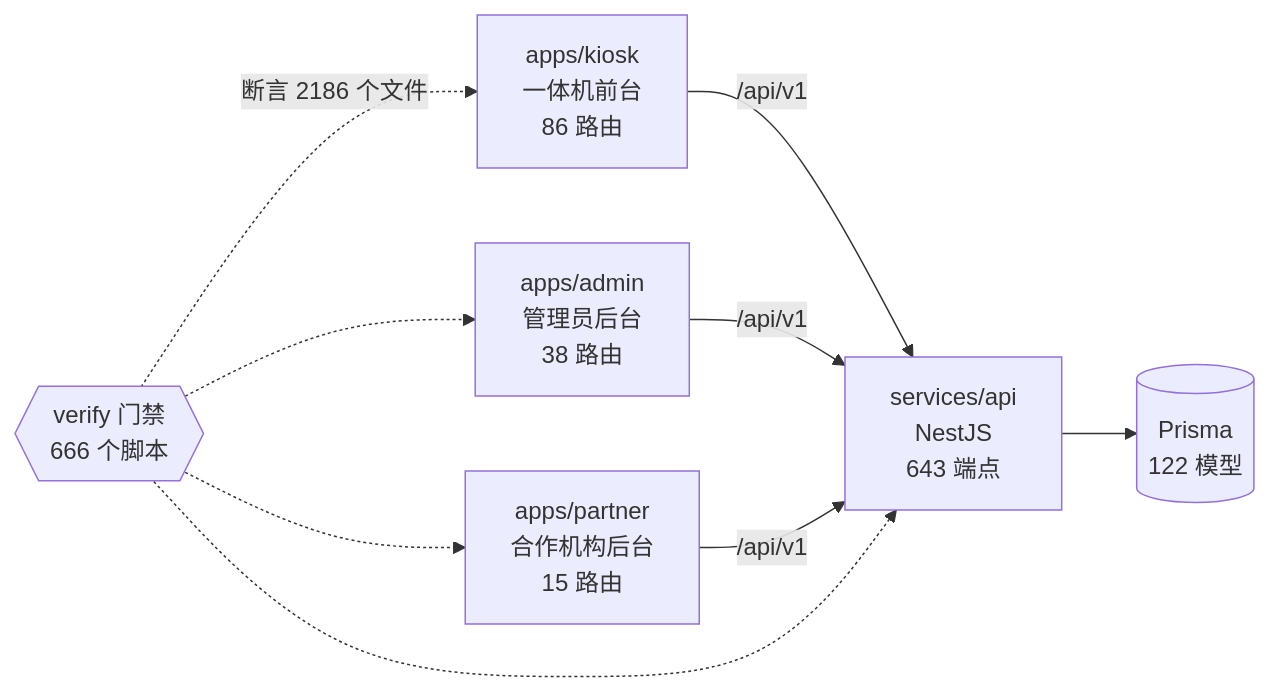
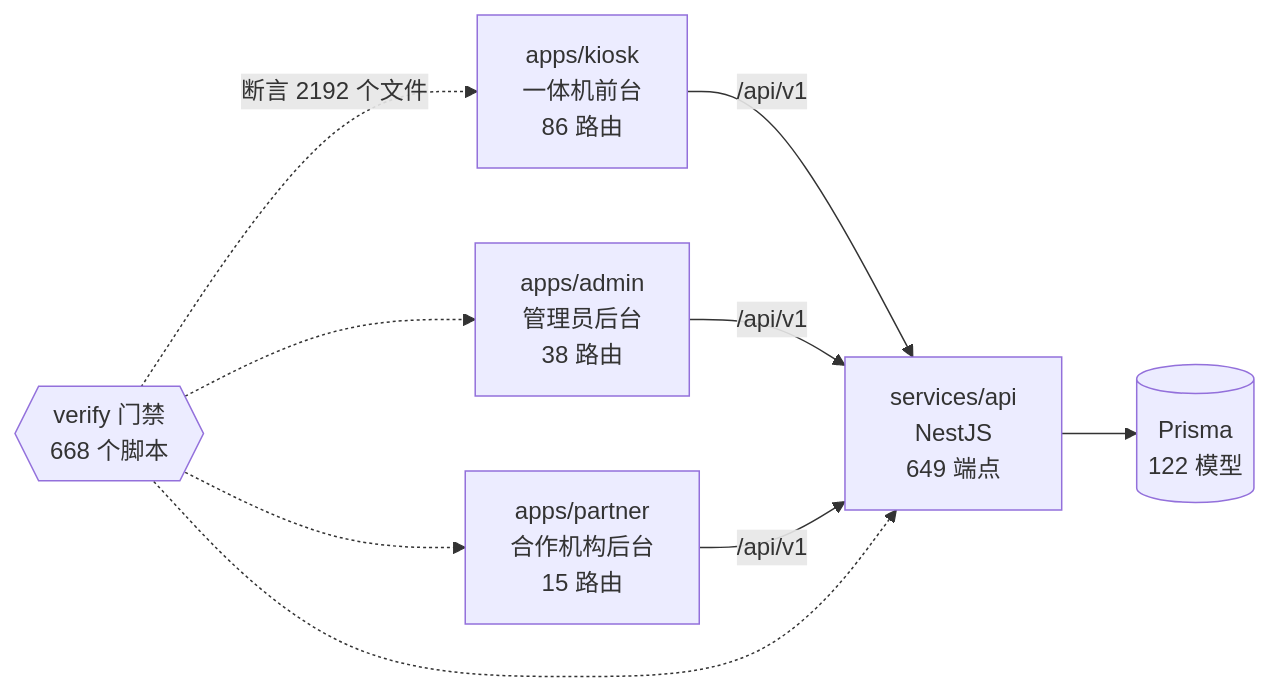
One commit to wanglei581/YITIJI changed the diagram in docs/graph/README.md. Above: the diagram before and after it, drawn with Mermaid. The commit also changed other lines of this file and 49 other files, not shown here.

````diff
--- a/docs/graph/README.md
+++ b/docs/graph/README.md
@@ -68,18 +68,18 @@
 ```mermaid
 flowchart LR
   kiosk["apps/kiosk<br/>一体机前台<br/>86 路由"]
   admin["apps/admin<br/>管理员后台<br/>38 路由"]
   partner["apps/partner<br/>合作机构后台<br/>15 路由"]
-  api["services/api<br/>NestJS<br/>643 端点"]
+  api["services/api<br/>NestJS<br/>649 端点"]
   db[("Prisma<br/>122 模型")]
-  gates{{"verify 门禁<br/>666 个脚本"}}
+  gates{{"verify 门禁<br/>668 个脚本"}}
 
   kiosk -->|"/api/v1"| api
   admin -->|"/api/v1"| api
   partner -->|"/api/v1"| api
   api --> db
-  gates -.->|"断言 2186 个文件"| kiosk
+  gates -.->|"断言 2192 个文件"| kiosk
   gates -.-> admin
   gates -.-> partner
   gates -.-> api
 ```
````
